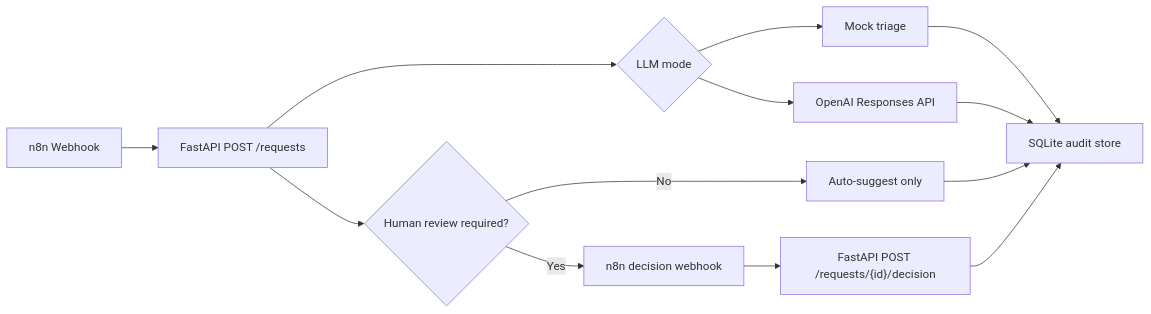
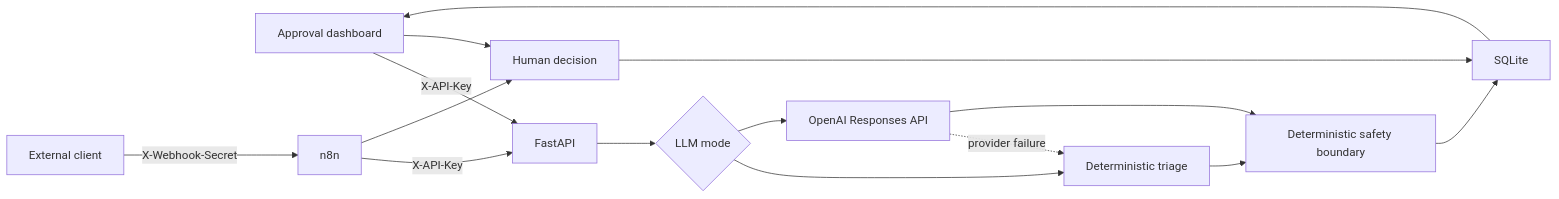
Before and after one commit to Umbura/ai-ops-approval-workflow: the diagram in docs/architecture.md, drawn with Mermaid. The commit also changed other lines of this file and 28 other files, not shown here.

````diff
--- a/docs/architecture.md
+++ b/docs/architecture.md
@@ -5,15 +5,17 @@
 ```mermaid
 flowchart LR
-    A["n8n Webhook"] --> B["FastAPI POST /requests"]
-    B --> C{"LLM mode"}
-    C --> C1["Mock triage"]
-    C --> C2["OpenAI Responses API"]
-    C1 --> D["SQLite audit store"]
-    C2 --> D
-    B --> E{"Human review required?"}
-    E -->|Yes| F["n8n decision webhook"]
-    E -->|No| G["Auto-suggest only"]
-    F --> H["FastAPI POST /requests/{id}/decision"]
-    G --> D
-    H --> D
+    UI["Approval dashboard"] -->|X-API-Key| API["FastAPI"]
+    CLIENT["External client"] -->|X-Webhook-Secret| N8N["n8n"]
+    N8N -->|X-API-Key| API
+    API --> MODE{"LLM mode"}
+    MODE --> MOCK["Deterministic triage"]
+    MODE --> OPENAI["OpenAI Responses API"]
+    OPENAI -. provider failure .-> MOCK
+    MOCK --> SAFE["Deterministic safety boundary"]
+    OPENAI --> SAFE
+    SAFE --> DB["SQLite"]
+    DB --> UI
+    UI --> DECISION["Human decision"]
+    N8N --> DECISION
+    DECISION --> DB
 ```
````
